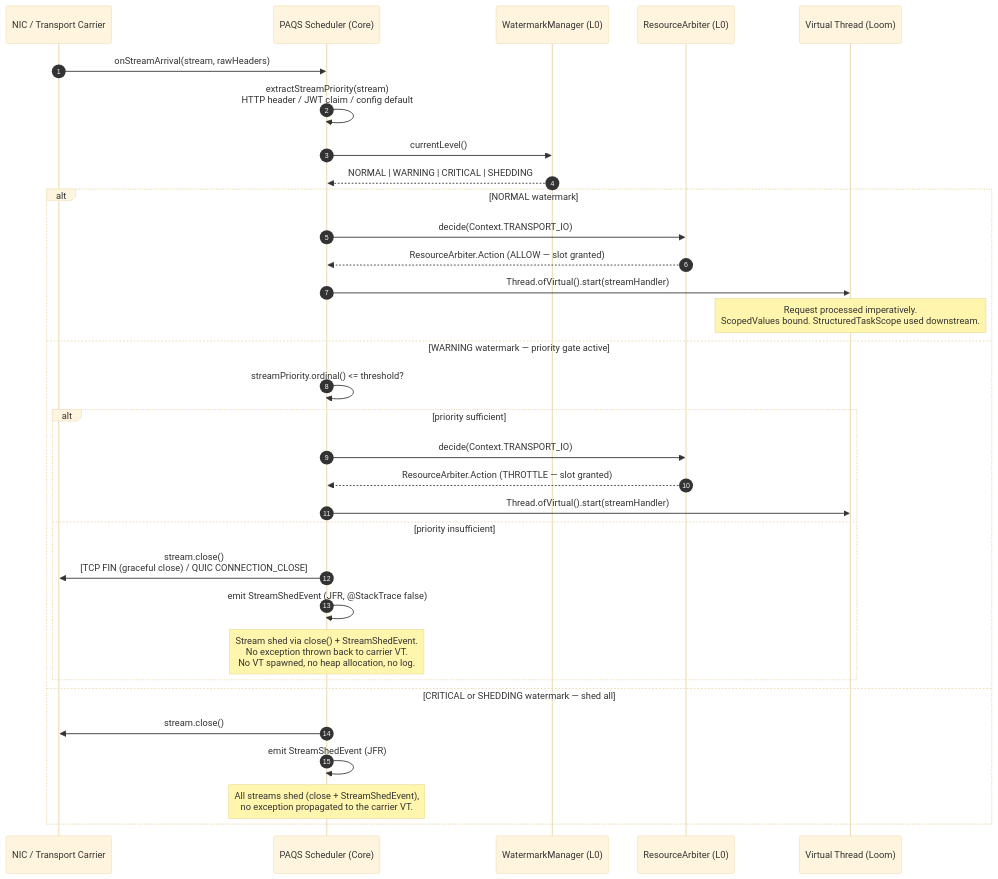
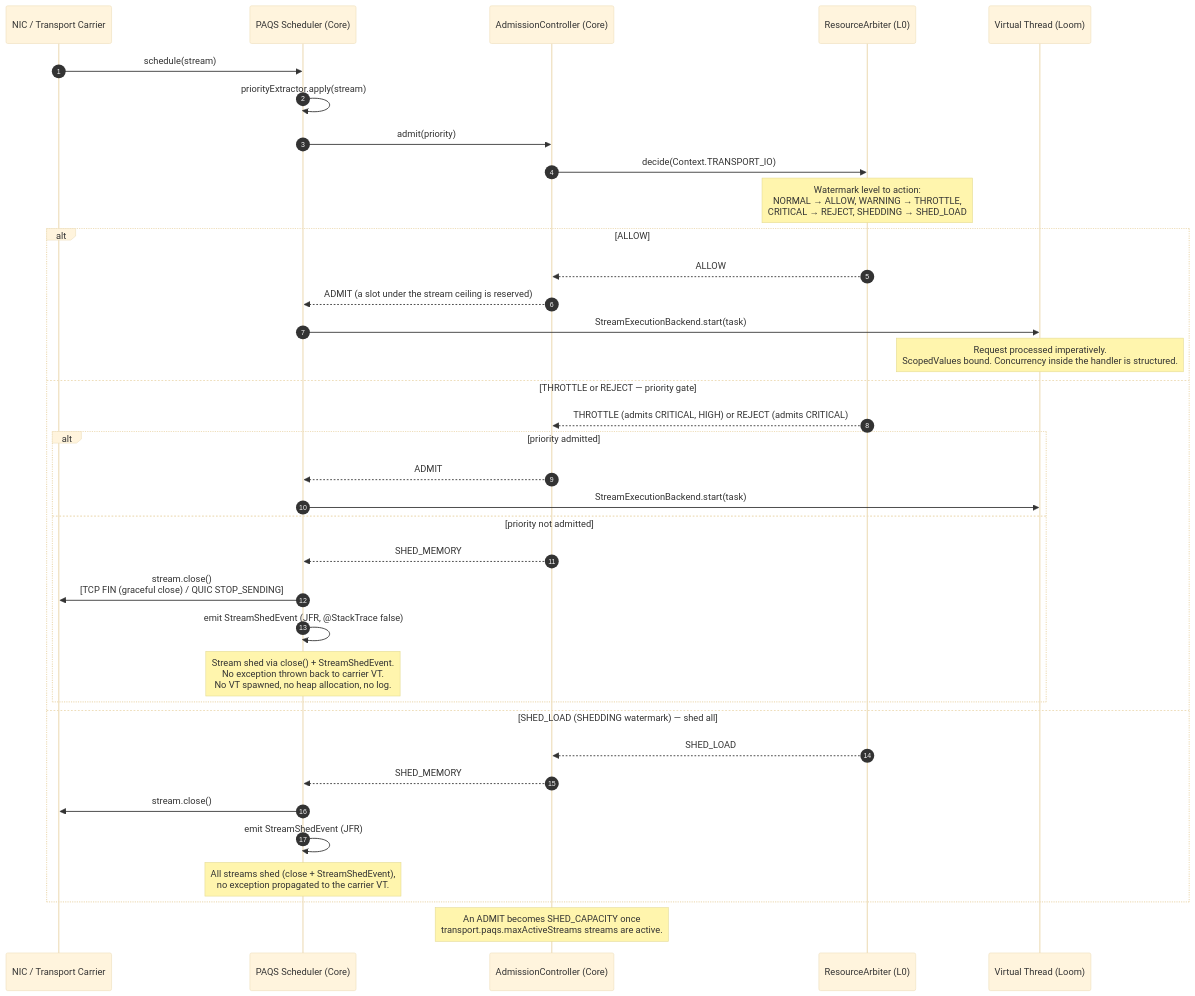
One commit to exeris-systems/exeris-kernel changed the diagram in docs/subsystems/transport.md. Above: the diagram before and after it, drawn with Mermaid (base theme). The commit also changed other lines of this file and 678 other files, not shown here.

````diff
--- a/docs/subsystems/transport.md
+++ b/docs/subsystems/transport.md
@@ -458,37 +708,41 @@
 ```mermaid
 sequenceDiagram
     autonumber
     participant NIC   as NIC / Transport Carrier
     participant PAQS  as PAQS Scheduler (Core)
-    participant WM    as WatermarkManager (L0)
+    participant AC    as AdmissionController (Core)
     participant RA    as ResourceArbiter (L0)
     participant VT    as Virtual Thread (Loom)
 
-    NIC->>PAQS: onStreamArrival(stream, rawHeaders)
-    PAQS->>PAQS: extractStreamPriority(stream)<br/>HTTP header / JWT claim / config default
+    NIC->>PAQS: schedule(stream)
+    PAQS->>PAQS: priorityExtractor.apply(stream)
 
-    PAQS->>WM: currentLevel()
-    WM-->>PAQS: NORMAL | WARNING | CRITICAL | SHEDDING
+    PAQS->>AC: admit(priority)
+    AC->>RA: decide(Context.TRANSPORT_IO)
+    Note over RA: Watermark level to action:<br/>NORMAL → ALLOW, WARNING → THROTTLE,<br/>CRITICAL → REJECT, SHEDDING → SHED_LOAD
 
-    alt NORMAL watermark
-        PAQS->>RA: decide(Context.TRANSPORT_IO)
-        RA-->>PAQS: ResourceArbiter.Action (ALLOW — slot granted)
-        PAQS->>VT: Thread.ofVirtual().start(streamHandler)
-        Note over VT: Request processed imperatively.<br/>ScopedValues bound. StructuredTaskScope used downstream.
-    else WARNING watermark — priority gate active
-        PAQS->>PAQS: streamPriority.ordinal() <= threshold?
-        alt priority sufficient
-            PAQS->>RA: decide(Context.TRANSPORT_IO)
-            RA-->>PAQS: ResourceArbiter.Action (THROTTLE — slot granted)
-            PAQS->>VT: Thread.ofVirtual().start(streamHandler)
-        else priority insufficient
-            PAQS->>NIC: stream.close()<br/>[TCP FIN (graceful close) / QUIC CONNECTION_CLOSE]
+    alt ALLOW
+        RA-->>AC: ALLOW
+        AC-->>PAQS: ADMIT (a slot under the stream ceiling is reserved)
+        PAQS->>VT: StreamExecutionBackend.start(task)
+        Note over VT: Request processed imperatively.<br/>ScopedValues bound. Concurrency inside the handler is structured.
+    else THROTTLE or REJECT — priority gate
+        RA-->>AC: THROTTLE (admits CRITICAL, HIGH) or REJECT (admits CRITICAL)
+        alt priority admitted
+            AC-->>PAQS: ADMIT
+            PAQS->>VT: StreamExecutionBackend.start(task)
+        else priority not admitted
+            AC-->>PAQS: SHED_MEMORY
+            PAQS->>NIC: stream.close()<br/>[TCP FIN (graceful close) / QUIC STOP_SENDING]
             PAQS->>PAQS: emit StreamShedEvent (JFR, @StackTrace false)
             Note over PAQS: Stream shed via close() + StreamShedEvent.<br/>No exception thrown back to carrier VT.<br/>No VT spawned, no heap allocation, no log.
         end
-    else CRITICAL or SHEDDING watermark — shed all
+    else SHED_LOAD (SHEDDING watermark) — shed all
+        RA-->>AC: SHED_LOAD
+        AC-->>PAQS: SHED_MEMORY
         PAQS->>NIC: stream.close()
         PAQS->>PAQS: emit StreamShedEvent (JFR)
         Note over PAQS: All streams shed (close + StreamShedEvent),<br/>no exception propagated to the carrier VT.
     end
+    Note over AC: An ADMIT becomes SHED_CAPACITY once<br/>transport.paqs.maxActiveStreams streams are active.
 ```
````
